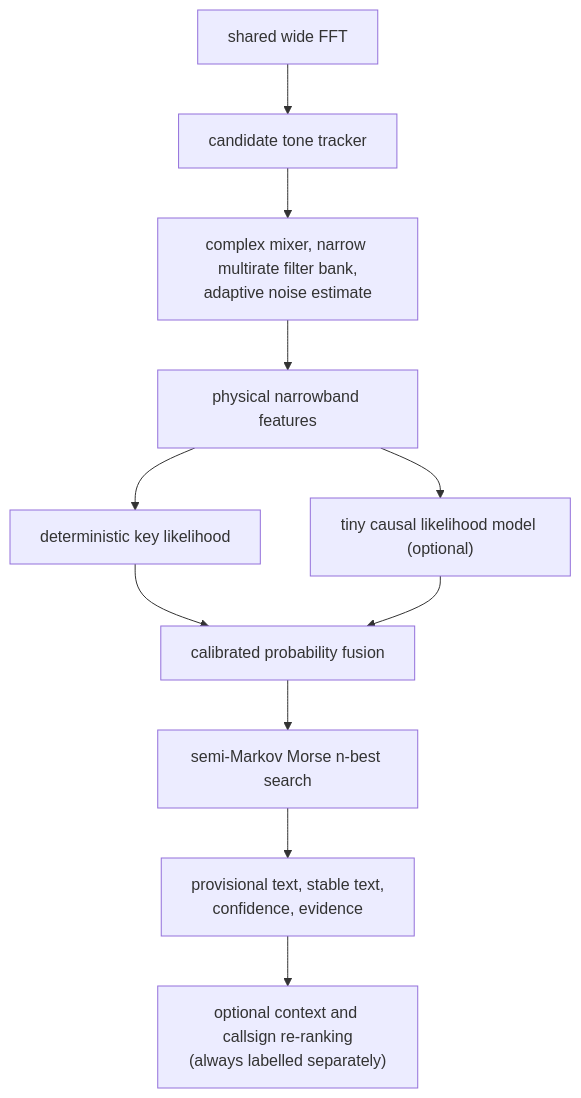
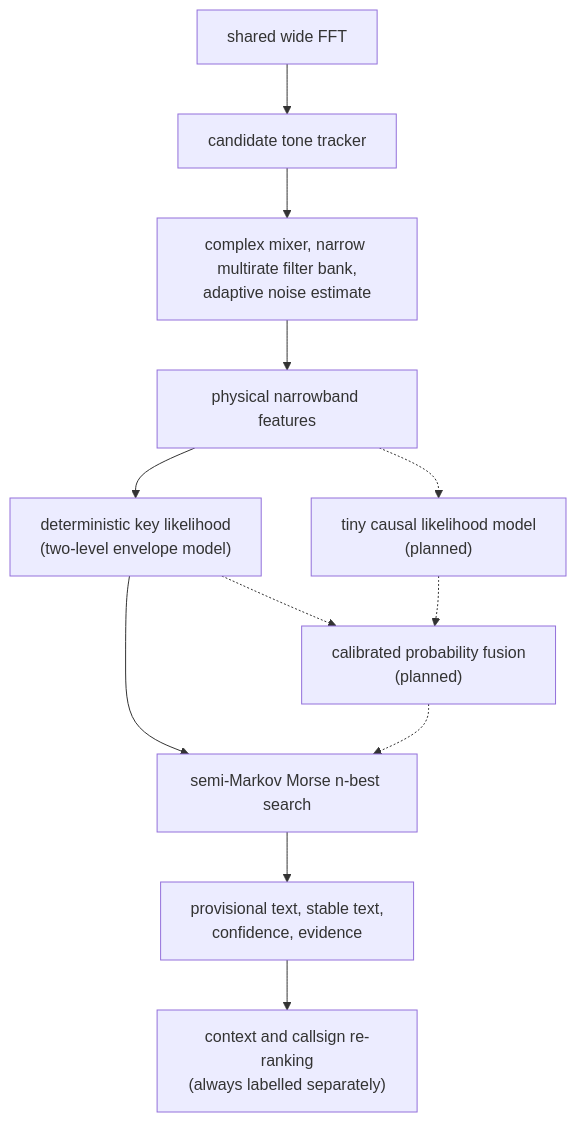
The first of 3 diagrams in docs/decoder-strategy.md (alessiobravi/CW-Assistant), drawn with Mermaid before and after one commit. The commit also changed other lines of this file and 39 other files, not shown here.

````diff
--- a/docs/decoder-strategy.md
+++ b/docs/decoder-strategy.md
@@ -28,13 +31,14 @@
 ```mermaid
 flowchart TB
   FFT["shared wide FFT"] --> TRK["candidate tone tracker"]
   TRK --> MIX["complex mixer, narrow multirate filter bank,<br/>adaptive noise estimate"]
   MIX --> FEAT["physical narrowband features"]
-  FEAT --> DET["deterministic key likelihood"]
-  FEAT --> MODEL["tiny causal likelihood model (optional)"]
-  DET --> FUSE["calibrated probability fusion"]
-  MODEL --> FUSE
-  FUSE --> SEARCH["semi-Markov Morse n-best search"]
+  FEAT --> DET["deterministic key likelihood<br/>(two-level envelope model)"]
+  FEAT -.-> MODEL["tiny causal likelihood model<br/>(planned)"]
+  DET --> SEARCH["semi-Markov Morse n-best search"]
+  DET -.-> FUSE["calibrated probability fusion<br/>(planned)"]
+  MODEL -.-> FUSE
+  FUSE -.-> SEARCH
   SEARCH --> OUT["provisional text, stable text,<br/>confidence, evidence"]
-  OUT --> RANK["optional context and callsign re-ranking<br/>(always labelled separately)"]
+  OUT --> RANK["context and callsign re-ranking<br/>(always labelled separately)"]
 ```
````
